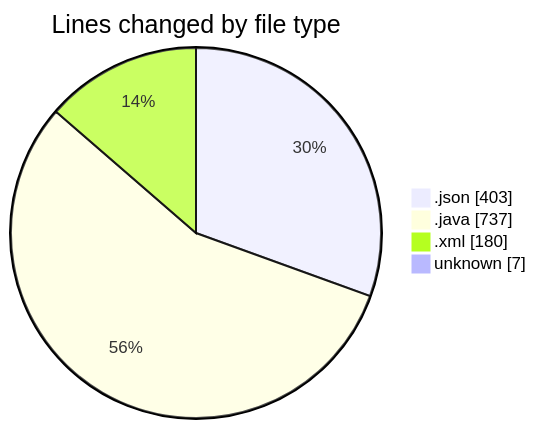
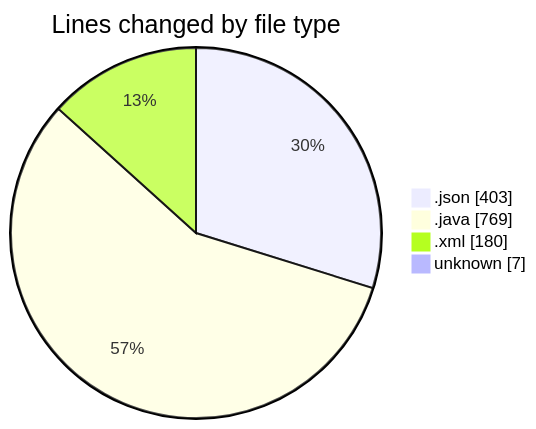
The first of 2 diagrams in 2025-02-23/codepack/README.md (charlie-sans/code-tracking), drawn with Mermaid before and after one commit. The commit also changed other lines of this file and 1 other file, not shown here.

````diff
--- a/2025-02-23/codepack/README.md
+++ b/2025-02-23/codepack/README.md
@@ -27,8 +27,8 @@
 ```mermaid
 pie showData
 title Lines changed by file type
 ".json" : 403
-".java" : 737
+".java" : 769
 ".xml" : 180
 "unknown" : 7
 ```
````
